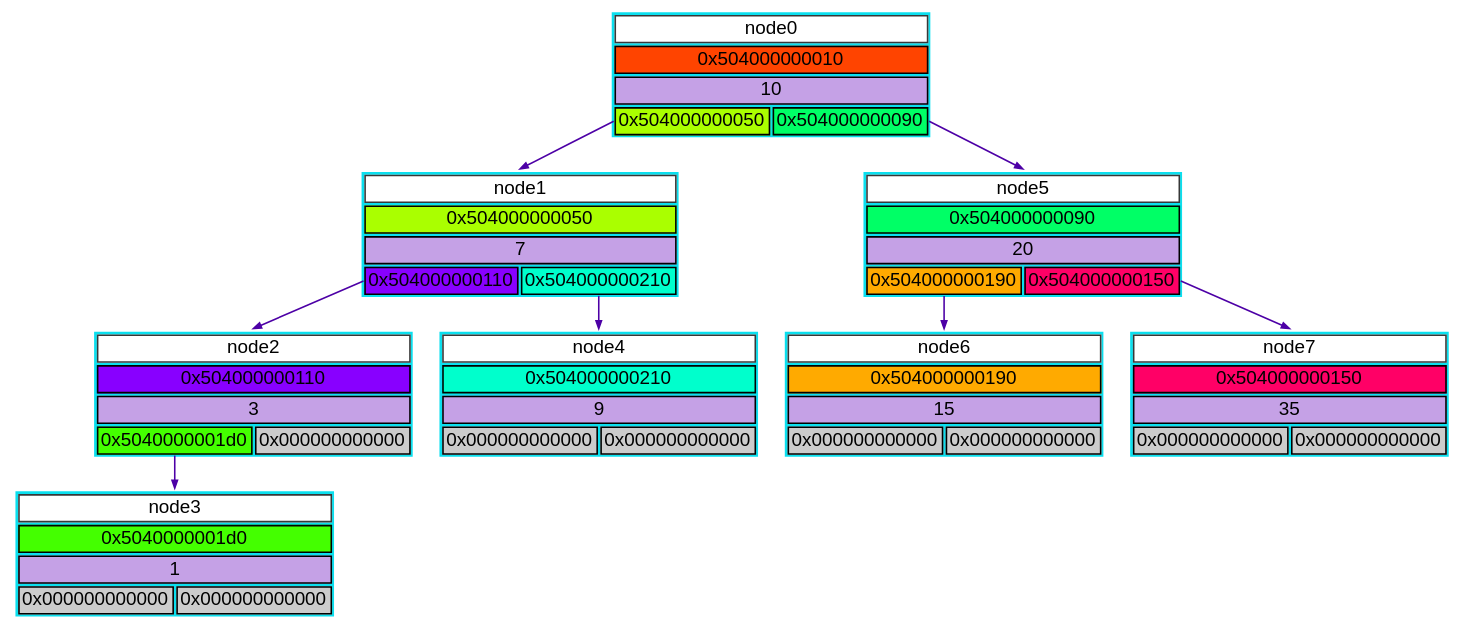
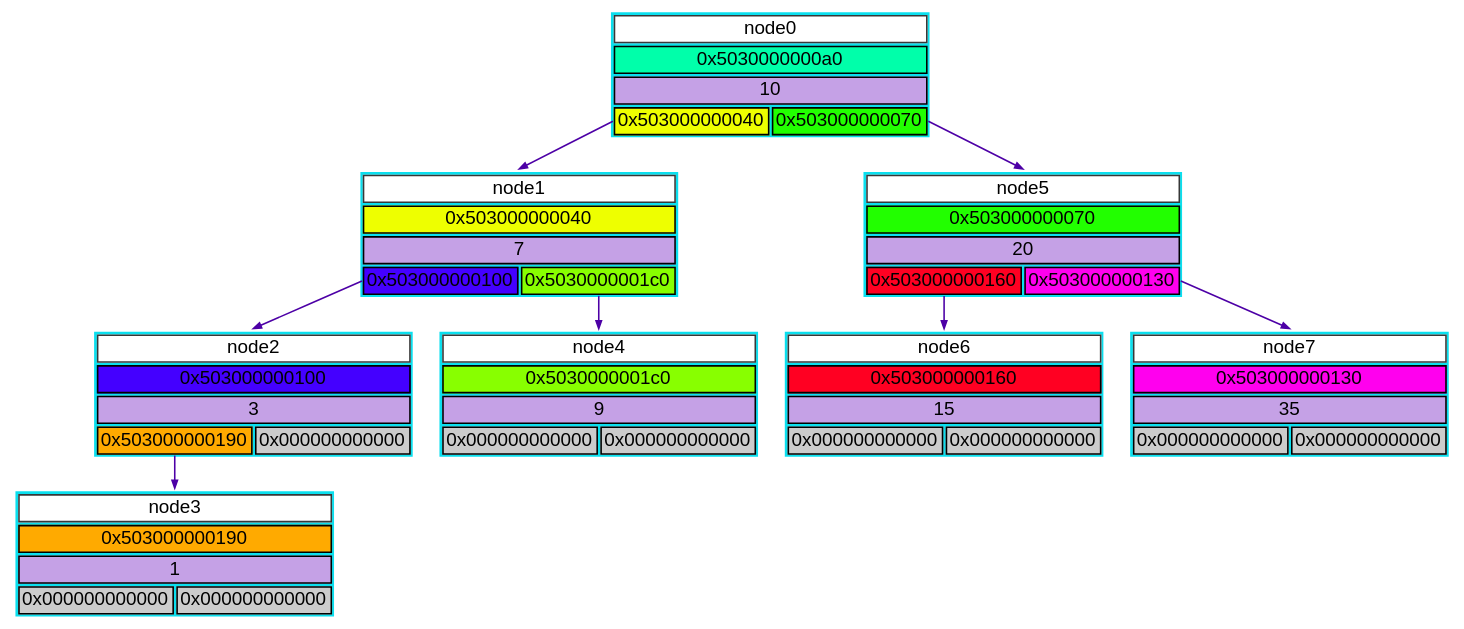
The diagram in svg_dot/dump.dot (kovalevm2207/Tree), drawn with Graphviz before and after one commit. The commit also changed 5 other files, not shown here.

```diff
--- a/svg_dot/dump.dot
+++ b/svg_dot/dump.dot
@@ -1,78 +1,78 @@
 digraph DUMP
 {
     rankdir=TB;
     splines=false;
     node[fontname="Arial",fontsize=24,];
     edge [style="bold", arrowhead="normal", splines=line, dir=normal]
     node0 [shape=plaintext, label=<
         <TABLE BORDER="0" CELLBORDER="2" CELLSPACING="3" CELLPADDING="3" BGCOLOR="#0bdfeeff" FIXEDSIZE="FALSE" ALIGN="CENTER" VALIGN="MIDDLE" SIDES="LRTB" >
             <TR><TD PORT="h" BGCOLOR="#ffffffff" COLSPAN="2" COLOR="#383838ff">node0</TD></TR>
-            <TR><TD PORT="p" BGCOLOR="#ff4400" COLSPAN="2" COLOR="#000000">0x504000000010</TD></TR>
+            <TR><TD PORT="p" BGCOLOR="#00ffaa" COLSPAN="2" COLOR="#000000">0x5030000000a0</TD></TR>
             <TR><TD PORT="d" BGCOLOR="#c5a1e6ff" COLSPAN="2" COLOR="#000000">10</TD></TR>
-            <TR><TD PORT="l" COLSPAN="1" ALIGN="CENTER" COLOR="#000000" BGCOLOR="#aaff00">0x504000000050</TD><TD PORT="r" COLSPAN="1" ALIGN="CENTER" COLOR="#000000" BGCOLOR="#00ff66">0x504000000090</TD></TR>
+            <TR><TD PORT="l" COLSPAN="1" ALIGN="CENTER" COLOR="#000000" BGCOLOR="#eeff00">0x503000000040</TD><TD PORT="r" COLSPAN="1" ALIGN="CENTER" COLOR="#000000" BGCOLOR="#22ff00">0x503000000070</TD></TR>
         </TABLE>
     >];
     node1 [shape=plaintext, label=<
         <TABLE BORDER="0" CELLBORDER="2" CELLSPACING="3" CELLPADDING="3" BGCOLOR="#0bdfeeff" FIXEDSIZE="FALSE" ALIGN="CENTER" VALIGN="MIDDLE" SIDES="LRTB" >
             <TR><TD PORT="h" BGCOLOR="#ffffffff" COLSPAN="2" COLOR="#383838ff">node1</TD></TR>
-            <TR><TD PORT="p" BGCOLOR="#aaff00" COLSPAN="2" COLOR="#000000">0x504000000050</TD></TR>
+            <TR><TD PORT="p" BGCOLOR="#eeff00" COLSPAN="2" COLOR="#000000">0x503000000040</TD></TR>
             <TR><TD PORT="d" BGCOLOR="#c5a1e6ff" COLSPAN="2" COLOR="#000000">7</TD></TR>
-            <TR><TD PORT="l" COLSPAN="1" ALIGN="CENTER" COLOR="#000000" BGCOLOR="#8800ff">0x504000000110</TD><TD PORT="r" COLSPAN="1" ALIGN="CENTER" COLOR="#000000" BGCOLOR="#00ffcc">0x504000000210</TD></TR>
+            <TR><TD PORT="l" COLSPAN="1" ALIGN="CENTER" COLOR="#000000" BGCOLOR="#4400ff">0x503000000100</TD><TD PORT="r" COLSPAN="1" ALIGN="CENTER" COLOR="#000000" BGCOLOR="#88ff00">0x5030000001c0</TD></TR>
         </TABLE>
     >];
     node2 [shape=plaintext, label=<
         <TABLE BORDER="0" CELLBORDER="2" CELLSPACING="3" CELLPADDING="3" BGCOLOR="#0bdfeeff" FIXEDSIZE="FALSE" ALIGN="CENTER" VALIGN="MIDDLE" SIDES="LRTB" >
             <TR><TD PORT="h" BGCOLOR="#ffffffff" COLSPAN="2" COLOR="#383838ff">node2</TD></TR>
-            <TR><TD PORT="p" BGCOLOR="#8800ff" COLSPAN="2" COLOR="#000000">0x504000000110</TD></TR>
+            <TR><TD PORT="p" BGCOLOR="#4400ff" COLSPAN="2" COLOR="#000000">0x503000000100</TD></TR>
             <TR><TD PORT="d" BGCOLOR="#c5a1e6ff" COLSPAN="2" COLOR="#000000">3</TD></TR>
-            <TR><TD PORT="l" COLSPAN="1" ALIGN="CENTER" COLOR="#000000" BGCOLOR="#44ff00">0x5040000001d0</TD><TD PORT="r" COLSPAN="1" ALIGN="CENTER" COLOR="#000000" BGCOLOR="#cccccc">0x000000000000</TD></TR>
+            <TR><TD PORT="l" COLSPAN="1" ALIGN="CENTER" COLOR="#000000" BGCOLOR="#ffaa00">0x503000000190</TD><TD PORT="r" COLSPAN="1" ALIGN="CENTER" COLOR="#000000" BGCOLOR="#cccccc">0x000000000000</TD></TR>
         </TABLE>
     >];
     node3 [shape=plaintext, label=<
         <TABLE BORDER="0" CELLBORDER="2" CELLSPACING="3" CELLPADDING="3" BGCOLOR="#0bdfeeff" FIXEDSIZE="FALSE" ALIGN="CENTER" VALIGN="MIDDLE" SIDES="LRTB" >
             <TR><TD PORT="h" BGCOLOR="#ffffffff" COLSPAN="2" COLOR="#383838ff">node3</TD></TR>
-            <TR><TD PORT="p" BGCOLOR="#44ff00" COLSPAN="2" COLOR="#000000">0x5040000001d0</TD></TR>
+            <TR><TD PORT="p" BGCOLOR="#ffaa00" COLSPAN="2" COLOR="#000000">0x503000000190</TD></TR>
             <TR><TD PORT="d" BGCOLOR="#c5a1e6ff" COLSPAN="2" COLOR="#000000">1</TD></TR>
             <TR><TD PORT="l" COLSPAN="1" ALIGN="CENTER" COLOR="#000000" BGCOLOR="#cccccc">0x000000000000</TD><TD PORT="r" COLSPAN="1" ALIGN="CENTER" COLOR="#000000" BGCOLOR="#cccccc">0x000000000000</TD></TR>
         </TABLE>
     >];
     node4 [shape=plaintext, label=<
         <TABLE BORDER="0" CELLBORDER="2" CELLSPACING="3" CELLPADDING="3" BGCOLOR="#0bdfeeff" FIXEDSIZE="FALSE" ALIGN="CENTER" VALIGN="MIDDLE" SIDES="LRTB" >
             <TR><TD PORT="h" BGCOLOR="#ffffffff" COLSPAN="2" COLOR="#383838ff">node4</TD></TR>
-            <TR><TD PORT="p" BGCOLOR="#00ffcc" COLSPAN="2" COLOR="#000000">0x504000000210</TD></TR>
+            <TR><TD PORT="p" BGCOLOR="#88ff00" COLSPAN="2" COLOR="#000000">0x5030000001c0</TD></TR>
             <TR><TD PORT="d" BGCOLOR="#c5a1e6ff" COLSPAN="2" COLOR="#000000">9</TD></TR>
             <TR><TD PORT="l" COLSPAN="1" ALIGN="CENTER" COLOR="#000000" BGCOLOR="#cccccc">0x000000000000</TD><TD PORT="r" COLSPAN="1" ALIGN="CENTER" COLOR="#000000" BGCOLOR="#cccccc">0x000000000000</TD></TR>
         </TABLE>
     >];
     node5 [shape=plaintext, label=<
         <TABLE BORDER="0" CELLBORDER="2" CELLSPACING="3" CELLPADDING="3" BGCOLOR="#0bdfeeff" FIXEDSIZE="FALSE" ALIGN="CENTER" VALIGN="MIDDLE" SIDES="LRTB" >
             <TR><TD PORT="h" BGCOLOR="#ffffffff" COLSPAN="2" COLOR="#383838ff">node5</TD></TR>
-            <TR><TD PORT="p" BGCOLOR="#00ff66" COLSPAN="2" COLOR="#000000">0x504000000090</TD></TR>
+            <TR><TD PORT="p" BGCOLOR="#22ff00" COLSPAN="2" COLOR="#000000">0x503000000070</TD></TR>
             <TR><TD PORT="d" BGCOLOR="#c5a1e6ff" COLSPAN="2" COLOR="#000000">20</TD></TR>
-            <TR><TD PORT="l" COLSPAN="1" ALIGN="CENTER" COLOR="#000000" BGCOLOR="#ffaa00">0x504000000190</TD><TD PORT="r" COLSPAN="1" ALIGN="CENTER" COLOR="#000000" BGCOLOR="#ff0066">0x504000000150</TD></TR>
+            <TR><TD PORT="l" COLSPAN="1" ALIGN="CENTER" COLOR="#000000" BGCOLOR="#ff0022">0x503000000160</TD><TD PORT="r" COLSPAN="1" ALIGN="CENTER" COLOR="#000000" BGCOLOR="#ff00ee">0x503000000130</TD></TR>
         </TABLE>
     >];
     node6 [shape=plaintext, label=<
         <TABLE BORDER="0" CELLBORDER="2" CELLSPACING="3" CELLPADDING="3" BGCOLOR="#0bdfeeff" FIXEDSIZE="FALSE" ALIGN="CENTER" VALIGN="MIDDLE" SIDES="LRTB" >
             <TR><TD PORT="h" BGCOLOR="#ffffffff" COLSPAN="2" COLOR="#383838ff">node6</TD></TR>
-            <TR><TD PORT="p" BGCOLOR="#ffaa00" COLSPAN="2" COLOR="#000000">0x504000000190</TD></TR>
+            <TR><TD PORT="p" BGCOLOR="#ff0022" COLSPAN="2" COLOR="#000000">0x503000000160</TD></TR>
             <TR><TD PORT="d" BGCOLOR="#c5a1e6ff" COLSPAN="2" COLOR="#000000">15</TD></TR>
             <TR><TD PORT="l" COLSPAN="1" ALIGN="CENTER" COLOR="#000000" BGCOLOR="#cccccc">0x000000000000</TD><TD PORT="r" COLSPAN="1" ALIGN="CENTER" COLOR="#000000" BGCOLOR="#cccccc">0x000000000000</TD></TR>
         </TABLE>
     >];
     node7 [shape=plaintext, label=<
         <TABLE BORDER="0" CELLBORDER="2" CELLSPACING="3" CELLPADDING="3" BGCOLOR="#0bdfeeff" FIXEDSIZE="FALSE" ALIGN="CENTER" VALIGN="MIDDLE" SIDES="LRTB" >
             <TR><TD PORT="h" BGCOLOR="#ffffffff" COLSPAN="2" COLOR="#383838ff">node7</TD></TR>
-            <TR><TD PORT="p" BGCOLOR="#ff0066" COLSPAN="2" COLOR="#000000">0x504000000150</TD></TR>
+            <TR><TD PORT="p" BGCOLOR="#ff00ee" COLSPAN="2" COLOR="#000000">0x503000000130</TD></TR>
             <TR><TD PORT="d" BGCOLOR="#c5a1e6ff" COLSPAN="2" COLOR="#000000">35</TD></TR>
             <TR><TD PORT="l" COLSPAN="1" ALIGN="CENTER" COLOR="#000000" BGCOLOR="#cccccc">0x000000000000</TD><TD PORT="r" COLSPAN="1" ALIGN="CENTER" COLOR="#000000" BGCOLOR="#cccccc">0x000000000000</TD></TR>
         </TABLE>
     >];
     node0:<l> -> node1:n [dir=normal, color="#4d00a6ff"];
     node1:<l> -> node2:n [dir=normal, color="#4d00a6ff"];
     node2:<l> -> node3:n [dir=normal, color="#4d00a6ff"];
     node1:<r> -> node4:n [dir=normal, color="#4d00a6ff"];
     node0:<r> -> node5:n [dir=normal, color="#4d00a6ff"];
     node5:<l> -> node6:n [dir=normal, color="#4d00a6ff"];
     node5:<r> -> node7:n [dir=normal, color="#4d00a6ff"];
 }
```
